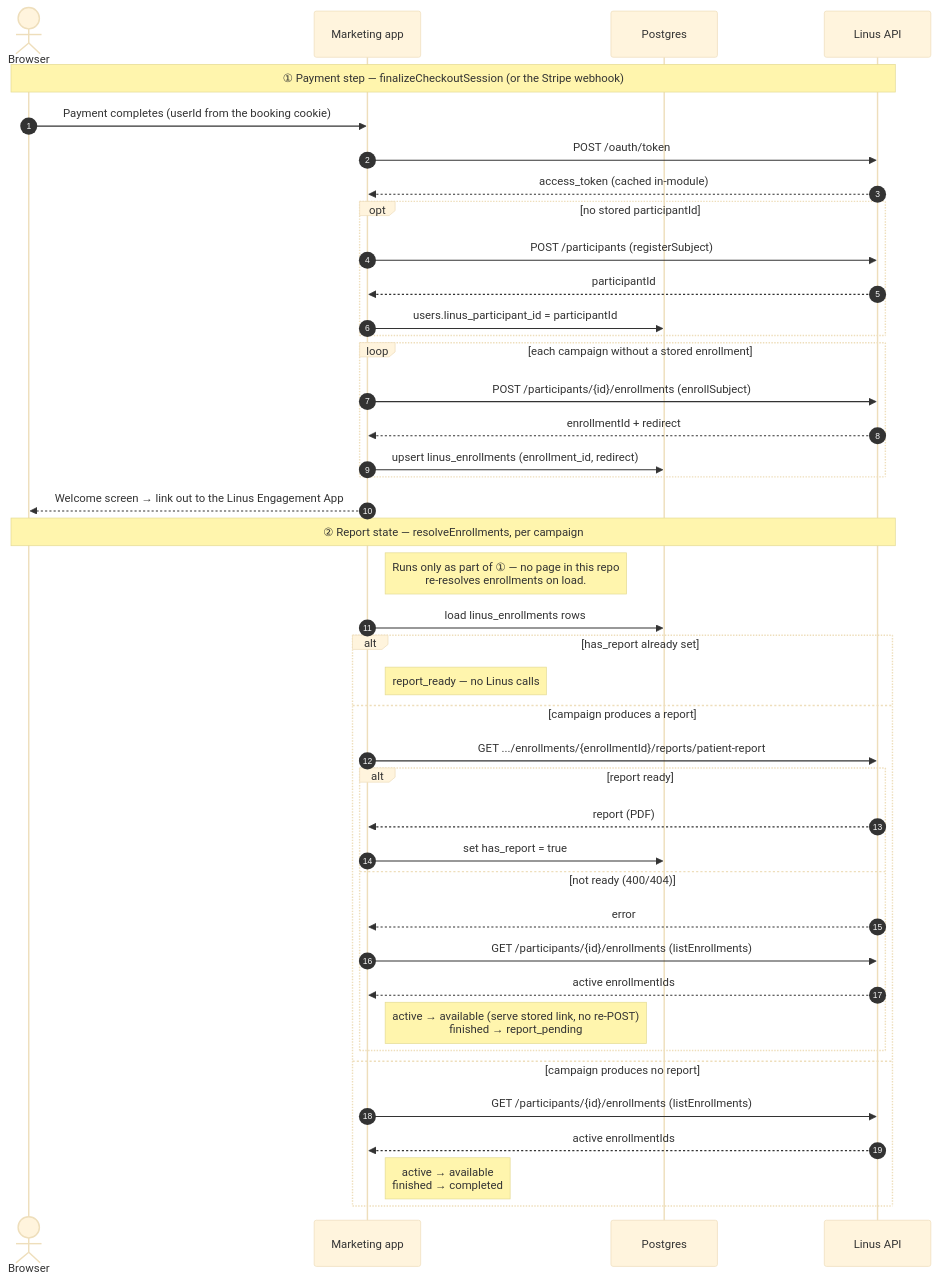
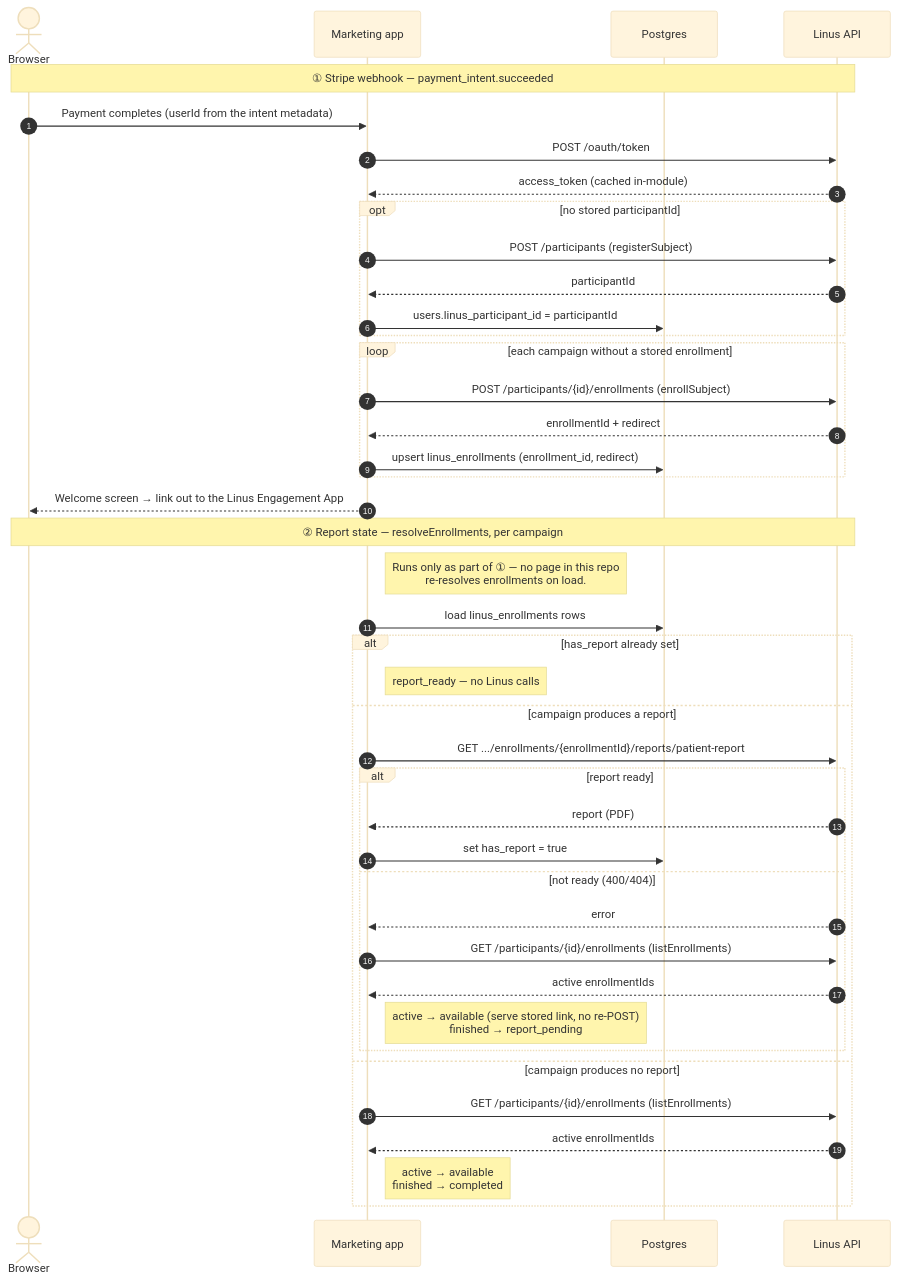
One commit to dbates-commits/primary-brain-health changed the diagram in docs/linus/api-integration.md. Above: the diagram before and after it, drawn with Mermaid (base theme). The commit also changed other lines of this file and 4 other files, not shown here.

First line of the commit message:
feat(booking): register paid customers with Linus from the webhook

````diff
--- a/docs/linus/api-integration.md
+++ b/docs/linus/api-integration.md
@@ -44,46 +42,46 @@
 ```mermaid
 sequenceDiagram
   autonumber
   actor B as Browser
   participant A as Marketing app
   participant DB as Postgres
   participant L as Linus API
 
-  Note over B,L: ① Payment step — finalizeCheckoutSession (or the Stripe webhook)
-  B->>A: Payment completes (userId from the booking cookie)
+  Note over B,L: ① Stripe webhook — payment_intent.succeeded
+  B->>A: Payment completes (userId from the intent metadata)
   A->>L: POST /oauth/token
   L-->>A: access_token (cached in-module)
   opt no stored participantId
     A->>L: POST /participants (registerSubject)
     L-->>A: participantId
     A->>DB: users.linus_participant_id = participantId
   end
   loop each campaign without a stored enrollment
     A->>L: POST /participants/{id}/enrollments (enrollSubject)
     L-->>A: enrollmentId + redirect
     A->>DB: upsert linus_enrollments (enrollment_id, redirect)
   end
   A-->>B: Welcome screen → link out to the Linus Engagement App
 
   Note over B,L: ② Report state — resolveEnrollments, per campaign
   Note right of A: Runs only as part of ① — no page in this repo<br/>re-resolves enrollments on load.
   A->>DB: load linus_enrollments rows
   alt has_report already set
     Note right of A: report_ready — no Linus calls
   else campaign produces a report
     A->>L: GET .../enrollments/{enrollmentId}/reports/patient-report
     alt report ready
       L-->>A: report (PDF)
       A->>DB: set has_report = true
     else not ready (400/404)
       L-->>A: error
       A->>L: GET /participants/{id}/enrollments (listEnrollments)
       L-->>A: active enrollmentIds
       Note right of A: active → available (serve stored link, no re-POST)<br/>finished → report_pending
     end
   else campaign produces no report
     A->>L: GET /participants/{id}/enrollments (listEnrollments)
     L-->>A: active enrollmentIds
     Note right of A: active → available<br/>finished → completed
   end
 ```
````
